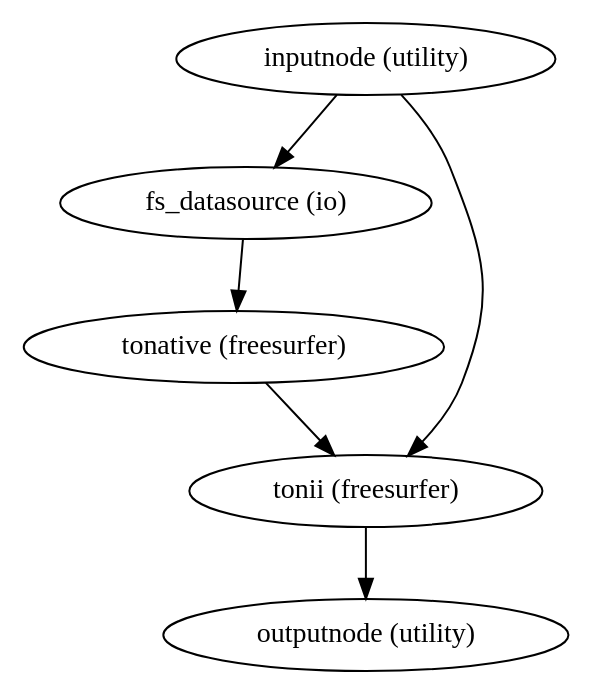
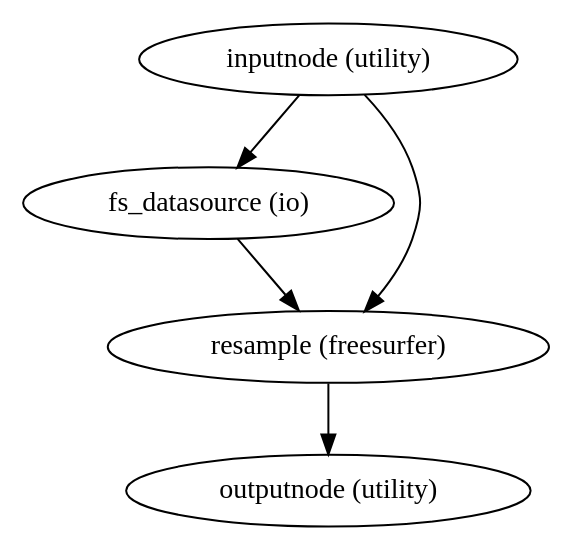
The diagram in 0.6.0/wf_directive/api/segs_to_native_aseg/smriprep-workflows-surfaces-3.dot (nuKs/smriprep), drawn with Graphviz before and after one commit. The commit also changed 2798 other files, not shown here.

```diff
--- a/0.6.0/wf_directive/api/segs_to_native_aseg/smriprep-workflows-surfaces-3.dot
+++ b/0.6.0/wf_directive/api/segs_to_native_aseg/smriprep-workflows-surfaces-3.dot
@@ -1,12 +1,10 @@
 strict digraph  {
 "inputnode (utility)";
 "fs_datasource (io)";
-"tonii (freesurfer)";
-"tonative (freesurfer)";
+"resample (freesurfer)";
 "outputnode (utility)";
 "inputnode (utility)" -> "fs_datasource (io)";
-"inputnode (utility)" -> "tonii (freesurfer)";
-"fs_datasource (io)" -> "tonative (freesurfer)";
-"tonii (freesurfer)" -> "outputnode (utility)";
-"tonative (freesurfer)" -> "tonii (freesurfer)";
+"inputnode (utility)" -> "resample (freesurfer)";
+"fs_datasource (io)" -> "resample (freesurfer)";
+"resample (freesurfer)" -> "outputnode (utility)";
 }
```
